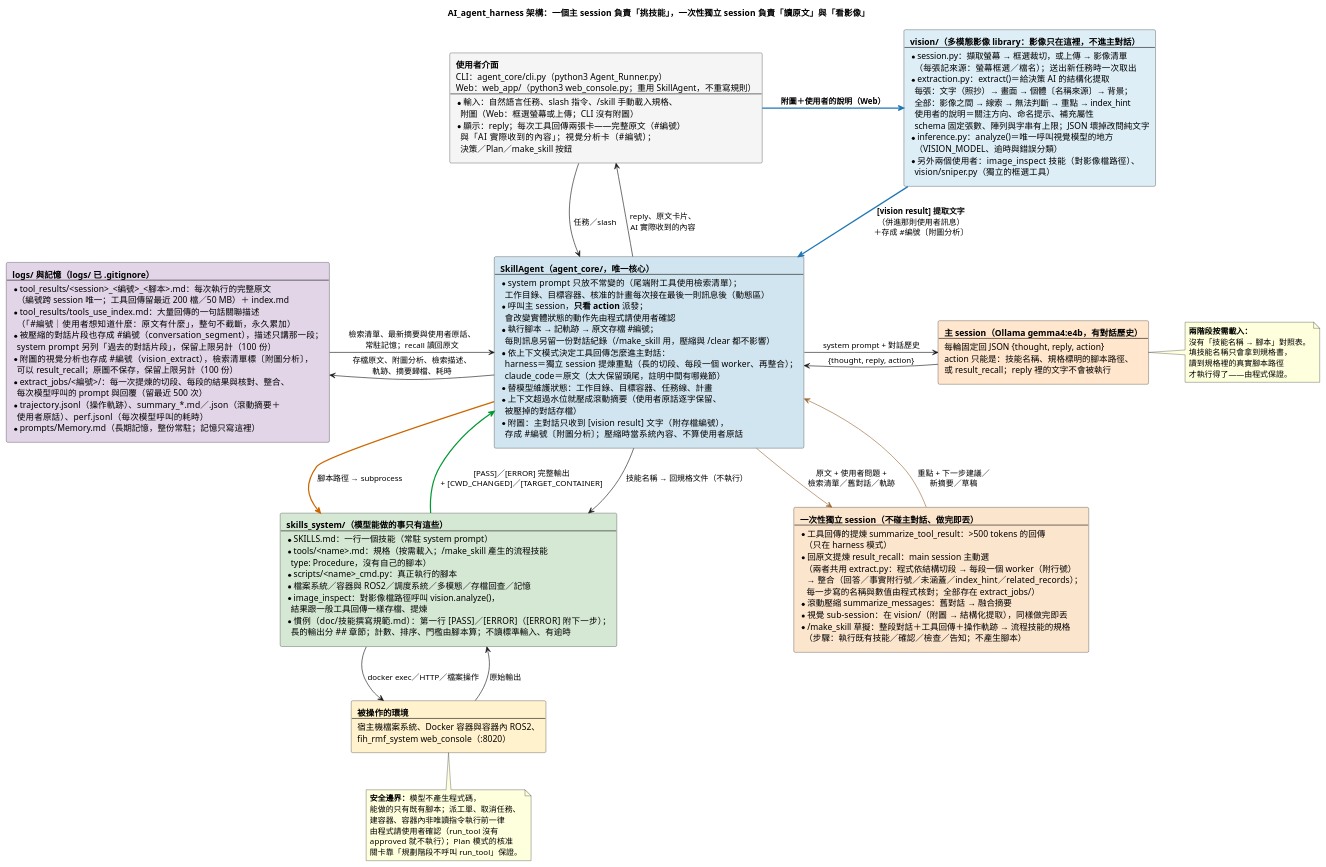
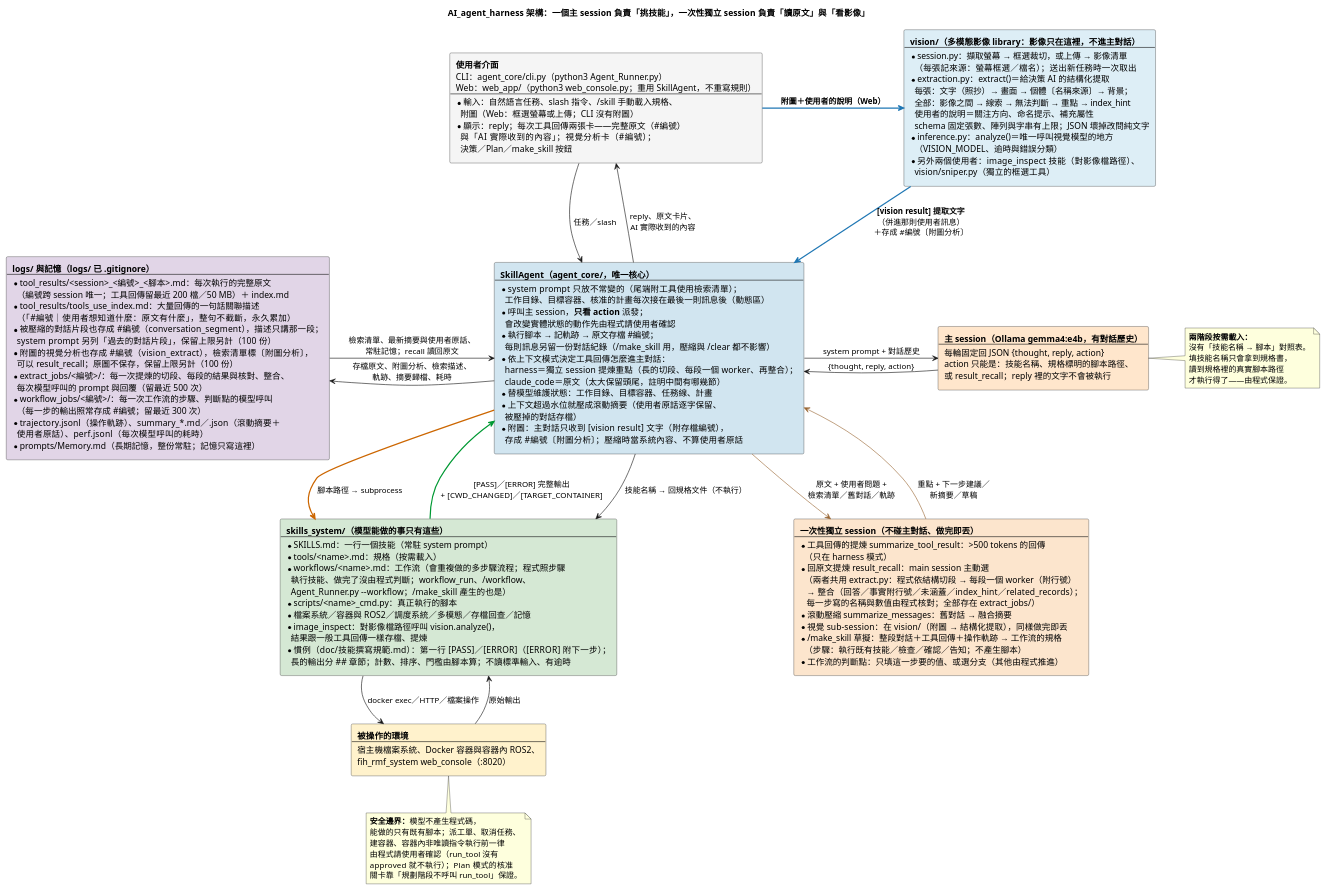
The diagram in doc/diagrams/AI_agent_harness的說明.puml (DavidZox/Coding_agnet), drawn with PlantUML before and after one commit. The commit also changed 62 other files, not shown here.

First line of the commit message:
feat: Add workflow execution and management tools

```diff
--- a/doc/diagrams/AI_agent_harness的說明.puml
+++ b/doc/diagrams/AI_agent_harness的說明.puml
@@ -1,155 +1,160 @@
 @startuml
 ' --- 樣式精準控制 ---
 skinparam RectangleWidthMax 340
 skinparam ranksep 60
 skinparam nodesep 60
 skinparam shadowing false
 skinparam defaultFontName "Microsoft JhengHei"
 
 title AI_agent_harness 架構：一個主 session 負責「挑技能」，一次性獨立 session 負責「讀原文」與「看影像」
 
 rectangle NodeUser #F5F5F5 [
   **使用者介面**
   CLI：agent_core/cli.py（python3 Agent_Runner.py）
   Web：web_app/（python3 web_console.py；重用 SkillAgent，不重寫規則）
   ----
   * 輸入：自然語言任務、slash 指令、/skill 手動載入規格、
     附圖（Web：框選螢幕或上傳；CLI 沒有附圖）
   * 顯示：reply；每次工具回傳兩張卡——完整原文（#編號）
     與「AI 實際收到的內容」；視覺分析卡（#編號）；
     決策／Plan／make_skill 按鈕
 ]
 
 rectangle NodeVision #DDEEF6 [
   **vision/（多模態影像 library：影像只在這裡，不進主對話）**
   ----
   * session.py：擷取螢幕 → 框選裁切，或上傳 → 影像清單
     （每張記來源：螢幕框選／檔名）；送出新任務時一次取出
   * extraction.py：extract()＝給決策 AI 的結構化提取
     每張：文字（照抄）→ 畫面 → 個體〔名稱來源〕→ 背景；
     全部：影像之間 → 線索 → 無法判斷 → 重點 → index_hint
     使用者的說明＝關注方向、命名提示、補充屬性
     schema 固定張數、陣列與字串有上限；JSON 壞掉改問純文字
   * inference.py：analyze()＝唯一呼叫視覺模型的地方
     （VISION_MODEL、逾時與錯誤分類）
   * 另外兩個使用者：image_inspect 技能（對影像檔路徑）、
     vision/sniper.py（獨立的框選工具）
 ]
 
 rectangle NodeAgent #D1E5F0 [
   **SkillAgent（agent_core/，唯一核心）**
   ----
   * system prompt 只放不常變的（尾端附工具使用檢索清單）；
     工作目錄、目標容器、核准的計畫每次接在最後一則訊息後（動態區）
   * 呼叫主 session，**只看 action** 派發；
     會改變實體狀態的動作先由程式請使用者確認
   * 執行腳本 → 記軌跡 → 原文存檔 #編號；
     每則訊息另留一份對話紀錄（/make_skill 用，壓縮與 /clear 都不影響）
   * 依上下文模式決定工具回傳怎麼進主對話：
     harness＝獨立 session 提煉重點（長的切段、每段一個 worker、再整合）；
     claude_code＝原文（太大保留頭尾，註明中間有哪幾節）
   * 替模型維護狀態：工作目錄、目標容器、任務線、計畫
   * 上下文超過水位就壓成滾動摘要（使用者原話逐字保留、
     被壓掉的對話存檔）
   * 附圖：主對話只收到 [vision result] 文字（附存檔編號），
     存成 #編號〔附圖分析〕；壓縮時當系統內容、不算使用者原話
 ]
 
 rectangle NodeLLM #FFE6CC [
   **主 session（Ollama gemma4:e4b，有對話歷史）**
   ----
   每輪固定回 JSON {thought, reply, action}
   action 只能是：技能名稱、規格標明的腳本路徑、
   或 result_recall；reply 裡的文字不會被執行
 ]
 
 rectangle NodeSub #FCE5CD [
   **一次性獨立 session（不碰主對話、做完即丟）**
   ----
   * 工具回傳的提煉 summarize_tool_result：>500 tokens 的回傳
     （只在 harness 模式）
   * 回原文提煉 result_recall：main session 主動選
     （兩者共用 extract.py：程式依結構切段 → 每段一個 worker（附行號）
      → 整合（回答／事實附行號／未涵蓋／index_hint／related_records）；
      每一步寫的名稱與數值由程式核對；全部存在 extract_jobs/）
   * 滾動壓縮 summarize_messages：舊對話 → 融合摘要
   * 視覺 sub-session：在 vision/（附圖 → 結構化提取），同樣做完即丟
-  * /make_skill 草擬：整段對話＋工具回傳＋操作軌跡 → 流程技能的規格
-    （步驟：執行既有技能／確認／檢查／告知；不產生腳本）
+  * /make_skill 草擬：整段對話＋工具回傳＋操作軌跡 → 工作流的規格
+    （步驟：執行既有技能／檢查／確認／告知；不產生腳本）
+  * 工作流的判斷點：只填這一步要的值、或選分支（其他由程式推進）
 ]
 
 rectangle NodeSkills #D5E8D4 [
   **skills_system/（模型能做的事只有這些）**
   ----
   * SKILLS.md：一行一個技能（常駐 system prompt）
-  * tools/<name>.md：規格（按需載入；/make_skill 產生的流程技能
-    type: Procedure，沒有自己的腳本）
+  * tools/<name>.md：規格（按需載入）
+  * workflows/<name>.md：工作流（會重複做的多步驟流程；程式照步驟
+    執行技能、做完了沒由程式判斷；workflow_run、/workflow、
+    Agent_Runner.py --workflow；/make_skill 產生的也是）
   * scripts/<name>_cmd.py：真正執行的腳本
   * 檔案系統／容器與 ROS2／調度系統／多模態／存檔回查／記憶
   * image_inspect：對影像檔路徑呼叫 vision.analyze()，
     結果跟一般工具回傳一樣存檔、提煉
   * 慣例（doc/技能撰寫規範.md）：第一行 [PASS]／[ERROR]（[ERROR] 附下一步）；
     長的輸出分 ## 章節；計數、排序、門檻由腳本算；不讀標準輸入、有逾時
 ]
 
 rectangle NodeWorld #FFF2CC [
   **被操作的環境**
   ----
   宿主機檔案系統、Docker 容器與容器內 ROS2、
   fih_rmf_system web_console（:8020）
 ]
 
 rectangle NodeStore #E1D5E7 [
   **logs/ 與記憶（logs/ 已 .gitignore）**
   ----
   * tool_results/<session>_<編號>_<腳本>.md：每次執行的完整原文
     （編號跨 session 唯一；工具回傳留最近 200 檔／50 MB）＋ index.md
   * tool_results/tools_use_index.md：大量回傳的一句話關聯描述
     （「#編號｜使用者想知道什麼：原文有什麼」，整句不截斷，永久累加）
   * 被壓縮的對話片段也存成 #編號（conversation_segment），描述只講那一段；
     system prompt 另列「過去的對話片段」，保留上限另計（100 份）
   * 附圖的視覺分析也存成 #編號（vision_extract），檢索清單標〔附圖分析〕，
     可以 result_recall；原圖不保存，保留上限另計（100 份）
   * extract_jobs/<編號>/：每一次提煉的切段、每段的結果與核對、整合、
     每次模型呼叫的 prompt 與回覆（留最近 500 次）
+  * workflow_jobs/<編號>/：每一次工作流的步驟、判斷點的模型呼叫
+    （每一步的輸出照常存成 #編號；留最近 300 次）
   * trajectory.jsonl（操作軌跡）、summary_*.md／.json（滾動摘要＋
     使用者原話）、perf.jsonl（每次模型呼叫的耗時）
   * prompts/Memory.md（長期記憶，整份常駐；記憶只寫這裡）
 ]
 
 NodeUser -down-> NodeAgent : 任務／slash
 NodeAgent -up-> NodeUser : reply、原文卡片、\nAI 實際收到的內容
 NodeAgent -right-> NodeLLM : system prompt + 對話歷史
 NodeLLM -left-> NodeAgent : {thought, reply, action}
 NodeAgent -[#996633]right-> NodeSub : 原文 + 使用者問題 +\n檢索清單／舊對話／軌跡
 NodeSub -[#996633]left-> NodeAgent : 重點 + 下一步建議／\n新摘要／草稿
 NodeUser -[#1F77B4,bold]right-> NodeVision : **附圖＋使用者的說明（Web）**
 NodeVision -[#1F77B4,bold]down-> NodeAgent : **[vision result] 提取文字**\n（併進那則使用者訊息）\n＋存成 #編號〔附圖分析〕
 NodeAgent -down-> NodeSkills : 技能名稱 → 回規格文件（不執行）
 NodeAgent -[#CC6600,bold]down-> NodeSkills : 腳本路徑 → subprocess
 NodeSkills -down-> NodeWorld : docker exec／HTTP／檔案操作
 NodeWorld -up-> NodeSkills : 原始輸出
 NodeSkills -[#009933,bold]up-> NodeAgent : [PASS]／[ERROR] 完整輸出\n+ [CWD_CHANGED]／[TARGET_CONTAINER]
 NodeAgent -left-> NodeStore : 存檔原文、附圖分析、檢索描述、\n軌跡、摘要歸檔、耗時
 NodeStore -right-> NodeAgent : 檢索清單、最新摘要與使用者原話、\n常駐記憶；recall 讀回原文
 NodeLLM -[hidden]down-> NodeSub
 NodeVision -[hidden]down-> NodeLLM
 
 note right of NodeLLM
   **兩階段按需載入：**
   沒有「技能名稱 → 腳本」對照表。
   填技能名稱只會拿到規格書，
   讀到規格裡的真實腳本路徑
   才執行得了——由程式保證。
 end note
 
 note bottom of NodeWorld
   **安全邊界：**模型不產生程式碼，
   能做的只有既有腳本；派工單、取消任務、
   建容器、容器內非唯讀指令執行前一律
   由程式請使用者確認（run_tool 沒有
   approved 就不執行）；Plan 模式的核准
   關卡靠「規劃階段不呼叫 run_tool」保證。
 end note
 
 @enduml
```
